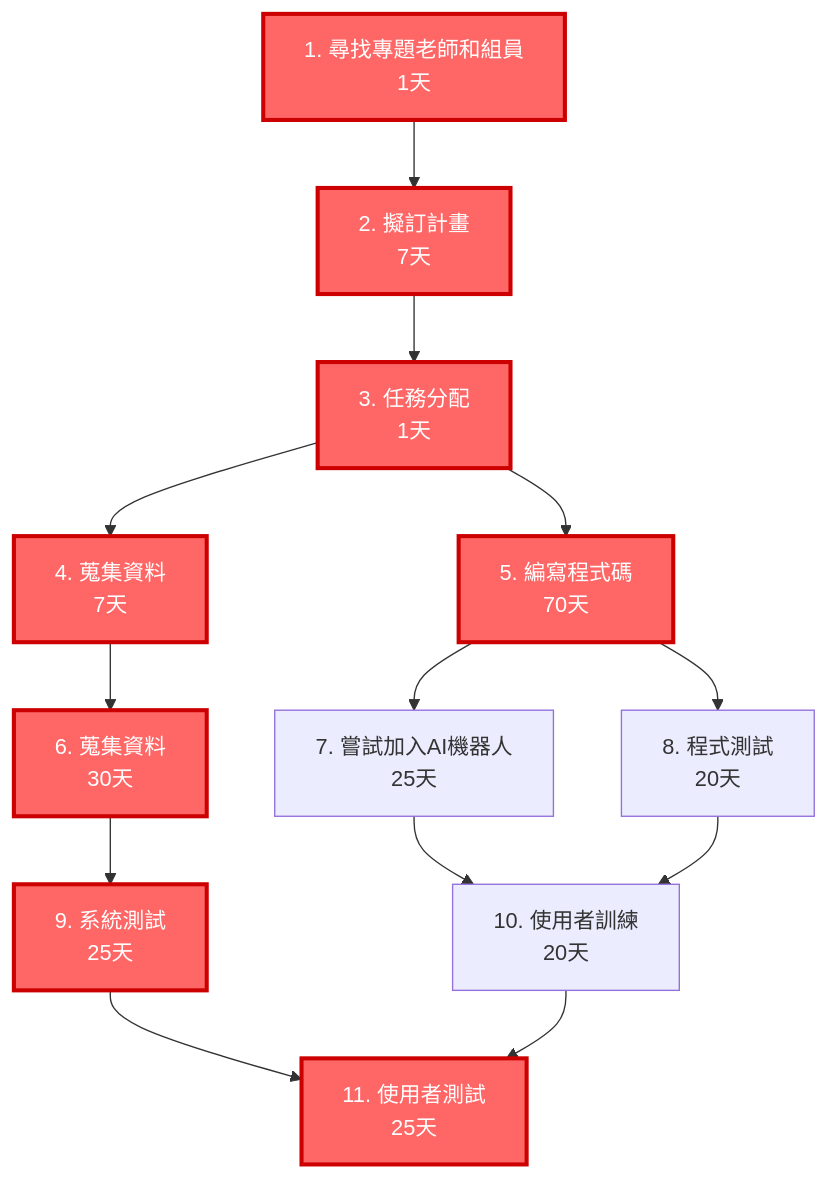
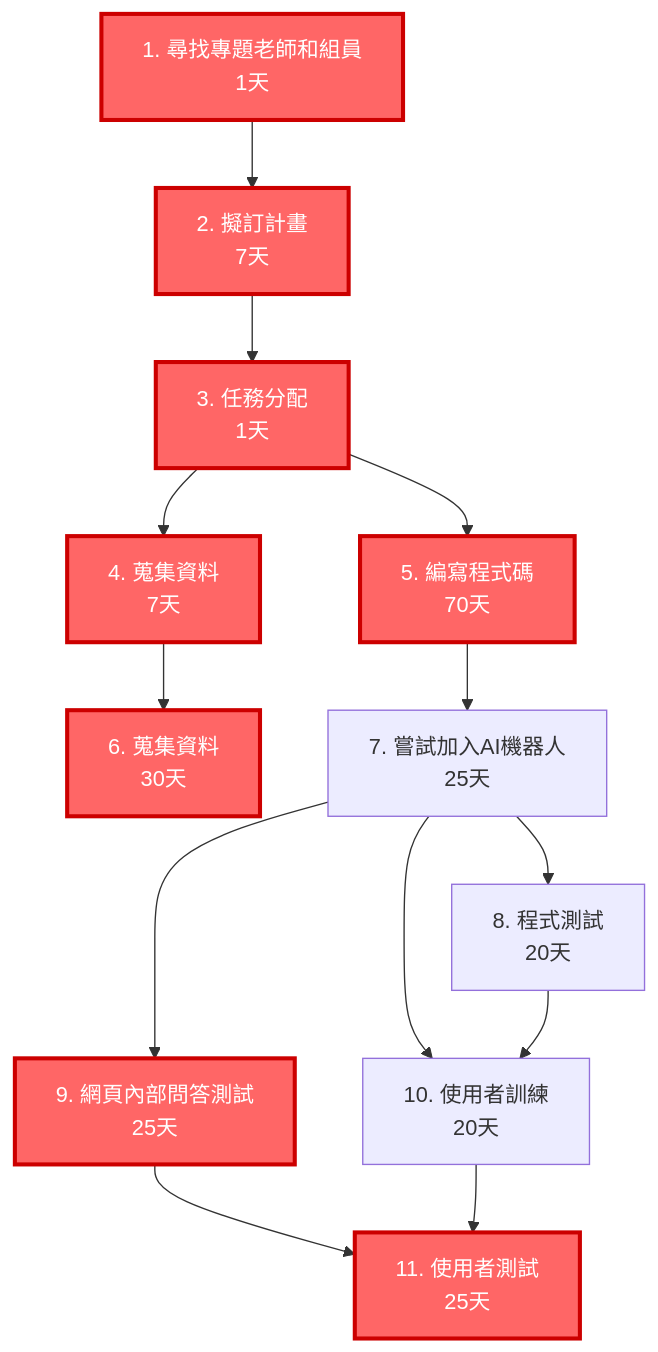
One commit to c112118202-droid/- changed the first of 3 diagrams in hw2.md. Above: the diagram before and after it, drawn with Mermaid. The commit also changed other lines of this file, not shown here.

````diff
--- a/hw2.md
+++ b/hw2.md
@@ -8,19 +8,19 @@
 ```mermaid
 graph TD
     A[1. 尋找專題老師和組員<br/>1天] --> B[2. 擬訂計畫<br/>7天]
     B --> C[3. 任務分配<br/>1天]
     C --> D[4. 蒐集資料<br/>7天]
     C --> E[5. 編寫程式碼<br/>70天]
     D --> F[6. 蒐集資料<br/>30天]
     E --> G[7. 嘗試加入AI機器人<br/>25天]
-    E --> H[8. 程式測試<br/>20天]
-    F --> I[9. 系統測試<br/>25天]
+    G --> H[8. 程式測試<br/>20天]
+    G --> I[9. 網頁內部問答測試<br/>25天]
     G --> J[10. 使用者訓練<br/>20天]
     H --> J
     I --> K[11. 使用者測試<br/>25天]
     J --> K
     
     class A,B,C,D,E,F,I,K critical
     classDef critical fill:#ff6666,stroke:#cc0000,stroke-width:3px,color:#ffffff;
     classDef normal fill:#f0f0f0,stroke:#333,stroke-width:2px,color:#000000;
 ```
````
